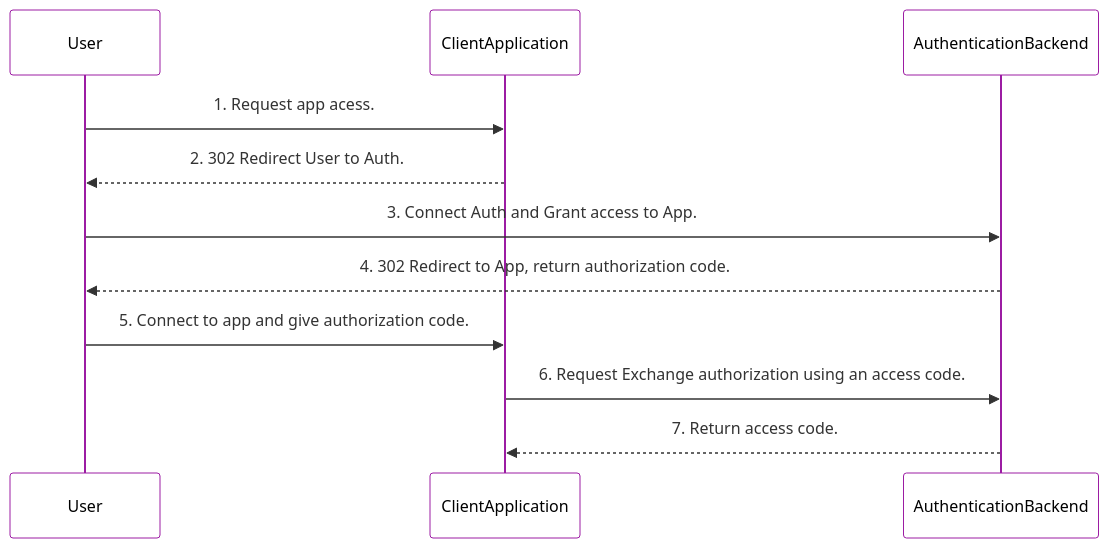
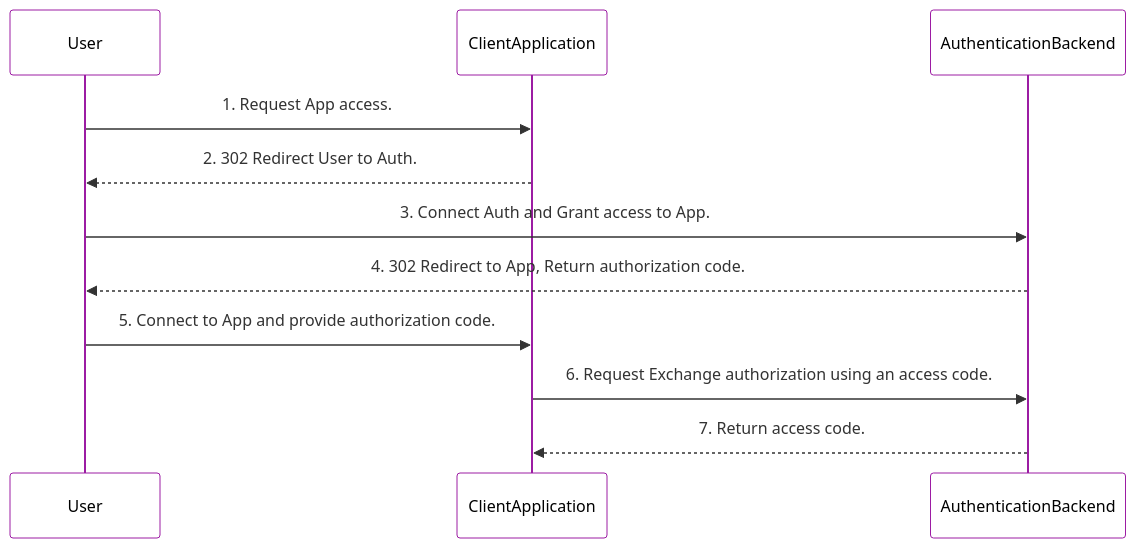
One commit to abdoulfataoh/oauth2 changed the diagram in README.md. Above: the diagram before and after it, drawn with Mermaid.

Commit message:
update architecture

````diff
--- a/README.md
+++ b/README.md
@@ -16,16 +16,16 @@
 ```mermaid
 %%{init: {'theme': 'base', 'themeVariables': { 'primaryColor': 'transparent', 'secondaryColor': 'transparent', 'tertiaryColor': 'transparent', 'actorTextColor': '#000000', 'lineColor': '#00FF00', 'primaryBorderColor': '#9c1ca3'}}}%%
 
 sequenceDiagram
     participant User
     participant Client as ClientApplication
     participant Auth as AuthenticationBackend
 
-    User->>Client: 1. Request app acess.
+    User->>Client: 1. Request App access.
     Client-->>User: 2. 302 Redirect User to Auth.
     User->>Auth: 3. Connect Auth and Grant access to App.
-    Auth-->>User: 4. 302 Redirect to App, return authorization code.
-    User->>Client: 5. Connect to app and give authorization code.
+    Auth-->>User: 4. 302 Redirect to App, Return authorization code.
+    User->>Client: 5. Connect to App and provide authorization code.
     Client->>Auth: 6. Request Exchange authorization using an access code.
     Auth-->>Client: 7. Return access code.
 ```
````
